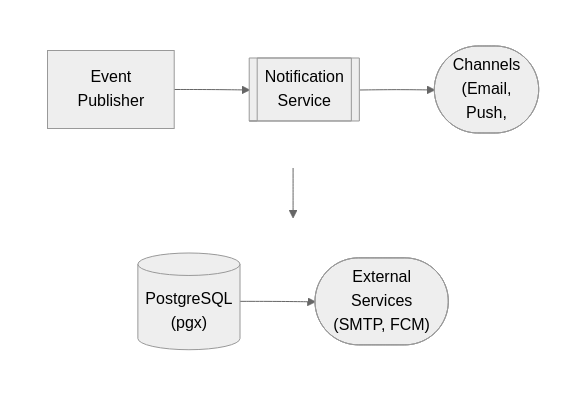
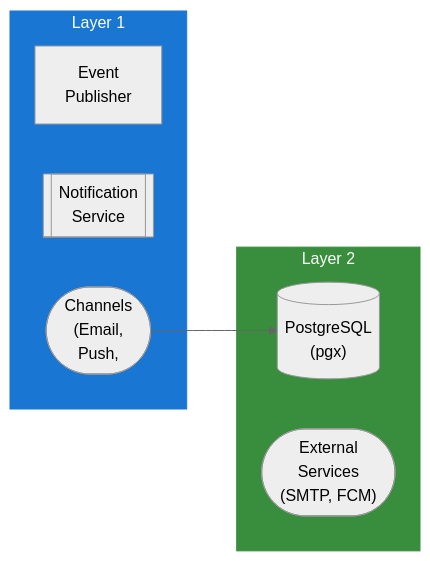
The diagram in docs/dev/design/services/NOTIFICATION.md (lusoris/revenge), drawn with Mermaid (neutral theme) before and after one commit. The commit also changed 215 other files, not shown here.

First line of the commit message:
feat(diagrams): convert all ASCII diagrams to Mermaid with LR subgraphs

````diff
--- a/docs/dev/design/services/NOTIFICATION.md
+++ b/docs/dev/design/services/NOTIFICATION.md
@@ -61,22 +61,20 @@
 ```mermaid
-flowchart TD
-    subgraph row1[ ]
-        direction LR
+flowchart LR
+    subgraph Layer1["Layer 1"]
         node1["Event<br/>Publisher"]
         node2[["Notification<br/>Service"]]
         node3(["Channels<br/>(Email,<br/>Push,"])
     end
-    subgraph row2[ ]
-        direction LR
+
+    subgraph Layer2["Layer 2"]
         node4[("PostgreSQL<br/>(pgx)")]
         node5(["External<br/>Services<br/>(SMTP, FCM)"])
     end
-    node1 --> node2
-    node2 --> node3
-    node4 --> node5
+
+    %% Connections
     node3 --> node4
 
-    %% Hide row subgraph borders
-    style row1 fill:transparent,stroke:transparent
-    style row2 fill:transparent,stroke:transparent
+    %% Styling
+    style Layer1 fill:#1976D2,stroke:#1976D2,color:#fff
+    style Layer2 fill:#388E3C,stroke:#388E3C,color:#fff
 ```
````
